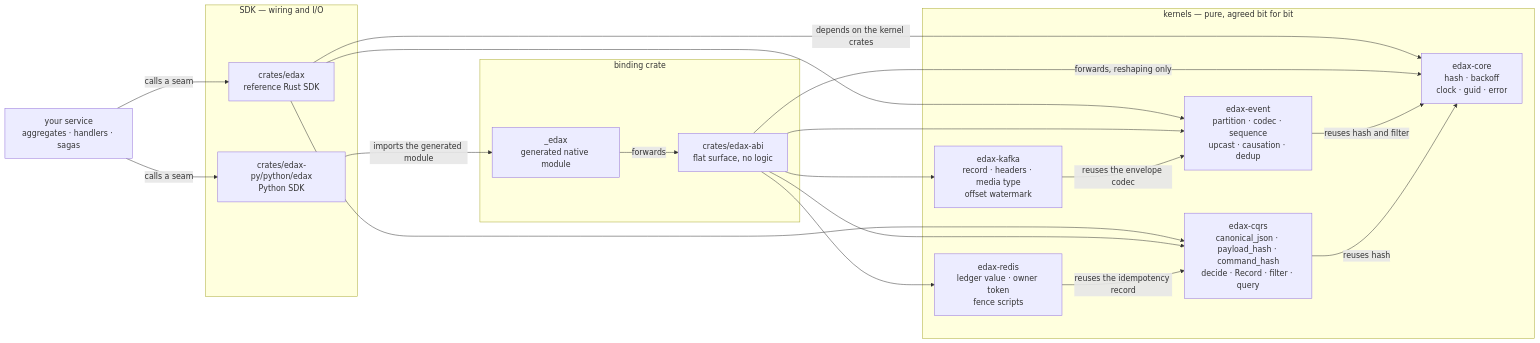
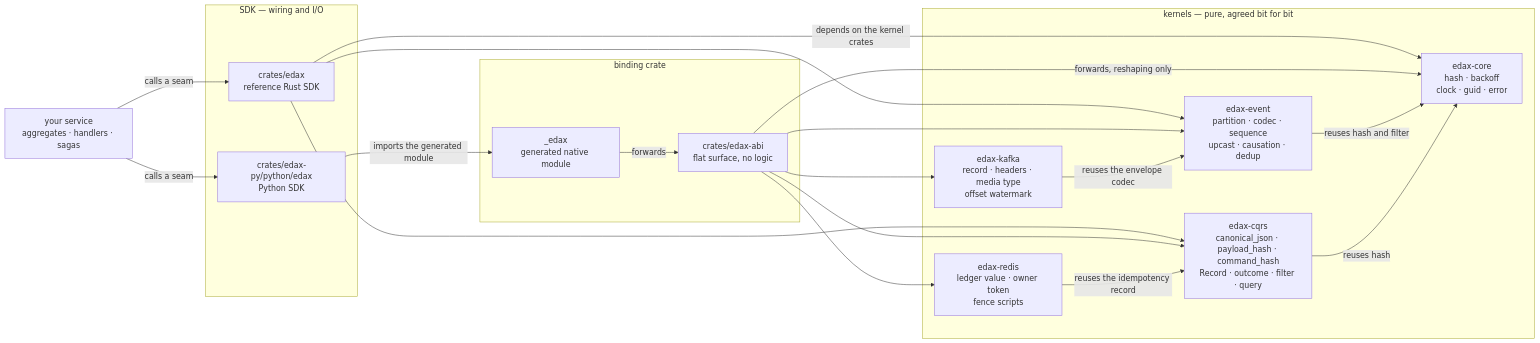
The first of 2 diagrams in docs/kernels/README.md (haskian/edax), drawn with Mermaid before and after one commit. The commit also changed other lines of this file and 234 other files, not shown here.

````diff
--- a/docs/kernels/README.md
+++ b/docs/kernels/README.md
@@ -10,39 +10,39 @@
 ```mermaid
 flowchart LR
     APP["your service<br/>aggregates · handlers · sagas"]
 
     subgraph sdks["SDK — wiring and I/O"]
         RS["crates/edax<br/>reference Rust SDK"]
         PY["crates/edax-py/python/edax<br/>Python SDK"]
     end
 
     subgraph binding["binding crate"]
         ABI["crates/edax-abi<br/>flat surface, no logic"]
         NAT["_edax<br/>generated native module"]
     end
 
     subgraph kernels["kernels — pure, agreed bit for bit"]
         CORE["edax-core<br/>hash · backoff<br/>clock · guid · error"]
         EV["edax-event<br/>partition · codec · sequence<br/>upcast · causation · dedup"]
-        CQ["edax-cqrs<br/>canonical_json · payload_hash · command_hash<br/>decide · Record · filter · query"]
+        CQ["edax-cqrs<br/>canonical_json · payload_hash · command_hash<br/>Record · outcome · filter · query"]
         KAF["edax-kafka<br/>record · headers · media type<br/>offset watermark"]
         RED["edax-redis<br/>ledger value · owner token<br/>fence scripts"]
     end
 
     APP -->|"calls a seam"| RS
     APP -->|"calls a seam"| PY
     RS -->|"depends on the kernel crates"| CORE
     RS --> EV
     RS --> CQ
     PY -->|"imports the generated module"| NAT
     NAT -->|"forwards"| ABI
     ABI -->|"forwards, reshaping only"| CORE
     ABI --> EV
     ABI --> CQ
     ABI --> KAF
     ABI --> RED
     EV -->|"reuses hash and filter"| CORE
     CQ -->|"reuses hash"| CORE
     KAF -->|"reuses the envelope codec"| EV
     RED -->|"reuses the idempotency record"| CQ
 ```
````
